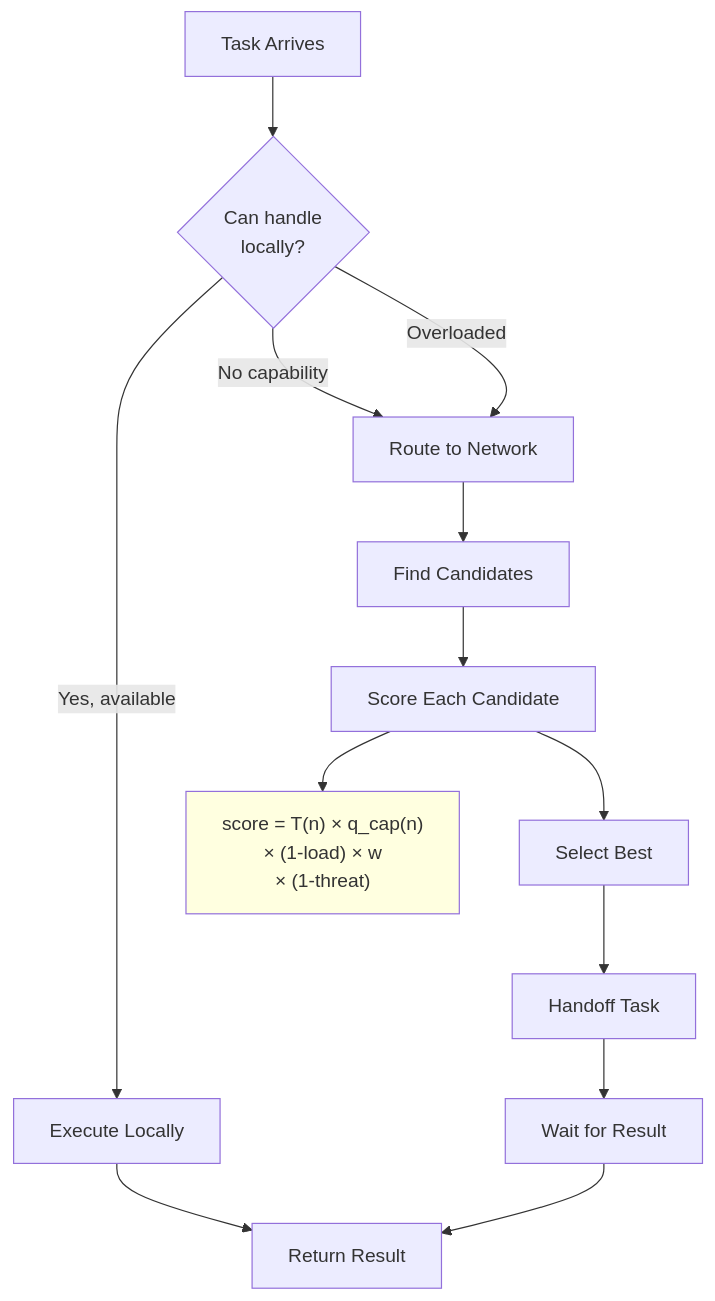
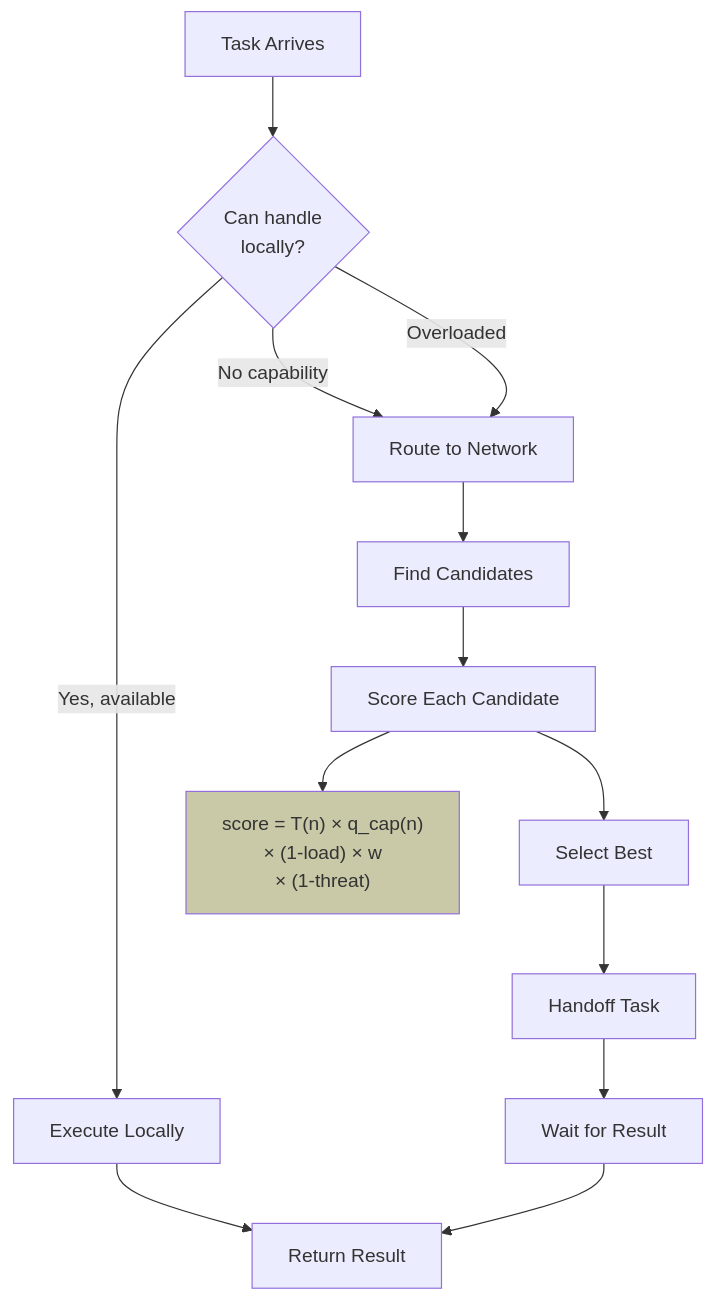
The third of 15 diagrams in docs/architecture/data-flow.md (ScopeCreep-zip/Symbiont), drawn with Mermaid before and after one commit. The commit also changed other lines of this file and 17 other files, not shown here.

Commit message:
update to diagram colors

````diff
--- a/docs/architecture/data-flow.md
+++ b/docs/architecture/data-flow.md
@@ -91,21 +91,21 @@
 ```mermaid
 flowchart TD
     START[Task Arrives] --> CHECK{Can handle<br/>locally?}
 
     CHECK -->|Yes, available| LOCAL[Execute Locally]
     CHECK -->|No capability| ROUTE[Route to Network]
     CHECK -->|Overloaded| ROUTE
 
     ROUTE --> FIND[Find Candidates]
     FIND --> SCORE[Score Each Candidate]
     SCORE --> SELECT[Select Best]
     SELECT --> HANDOFF[Handoff Task]
 
     LOCAL --> RESULT[Return Result]
     HANDOFF --> WAIT[Wait for Result]
     WAIT --> RESULT
 
     SCORE --> FORMULA["score = T(n) × q_cap(n)<br/>× (1-load) × w<br/>× (1-threat)"]
 
-    style FORMULA fill:#FFFFE0
+    style FORMULA fill:#c9c9a8
 ```
````
